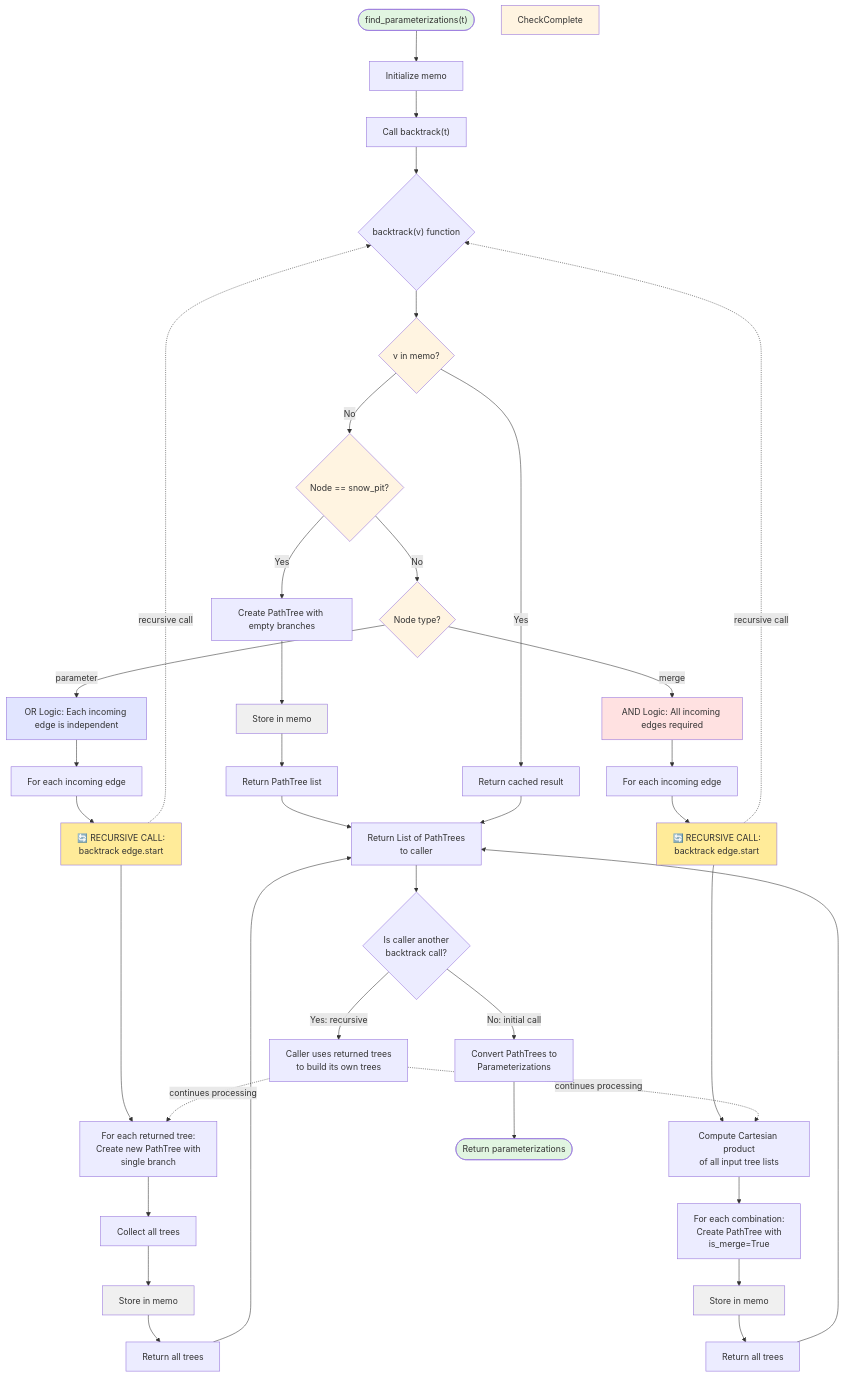
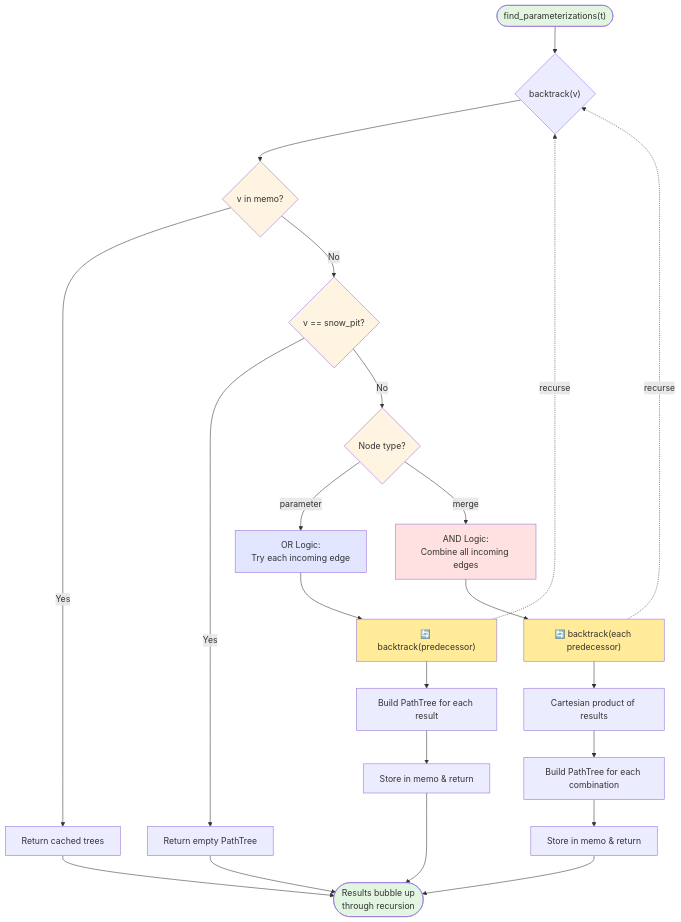
One commit to connellymk/SnowPyt-MechParams changed the diagram in algorithm/algorithm_flowchart.md. Above: the diagram before and after it, drawn with Mermaid.

Commit message:
more updates

````diff
--- a/algorithm/algorithm_flowchart.md
+++ b/algorithm/algorithm_flowchart.md
@@ -5,62 +5,41 @@
 ```mermaid
 flowchart TD
-    Start(["find_parameterizations(t)"]) --> Init[Initialize memo]
-    Init --> CallBacktrack["Call backtrack(t)"]
-    
-    CallBacktrack --> Backtrack{"backtrack(v) function"}
+    Start(["find_parameterizations(t)"]) --> Backtrack{"backtrack(v)"}
     
     Backtrack --> CheckMemo{v in memo?}
-    CheckMemo -->|Yes| ReturnCached[Return cached result]
-    CheckMemo -->|No| CheckBase{Node == snow_pit?}
+    CheckMemo -->|Yes| Return[Return cached trees]
+    CheckMemo -->|No| CheckBase{v == snow_pit?}
     
-    CheckBase -->|Yes| BaseCase[Create PathTree with empty branches]
-    BaseCase --> StoreMemo1[Store in memo]
-    StoreMemo1 --> Return1[Return PathTree list]
-    
+    CheckBase -->|Yes| BaseCase[Return empty PathTree]
     CheckBase -->|No| CheckType{Node type?}
     
-    CheckType -->|parameter| ParamLogic[OR Logic: Each incoming edge is independent]
-    CheckType -->|merge| MergeLogic[AND Logic: All incoming edges required]
+    CheckType -->|parameter| ParamLogic["OR Logic:<br/>Try each incoming edge"]
+    CheckType -->|merge| MergeLogic["AND Logic:<br/>Combine all incoming edges"]
     
-    ParamLogic --> LoopEdges[For each incoming edge]
-    LoopEdges --> RecurseParam[🔄 RECURSIVE CALL:<br/>backtrack edge.start]
-    RecurseParam -.->|recursive call| Backtrack
-    RecurseParam --> CreateParamTree[For each returned tree:<br/>Create new PathTree with<br/>single branch]
-    CreateParamTree --> CollectParam[Collect all trees]
-    CollectParam --> StoreMemo2[Store in memo]
-    StoreMemo2 --> Return2[Return all trees]
+    ParamLogic --> RecurseParam["🔄 backtrack(predecessor)"]
+    RecurseParam -.->|recurse| Backtrack
+    RecurseParam --> BuildParam[Build PathTree for each result]
+    BuildParam --> StoreParam[Store in memo & return]
     
-    MergeLogic --> GetInputs[For each incoming edge]
-    GetInputs --> RecurseMerge[🔄 RECURSIVE CALL:<br/>backtrack edge.start]
-    RecurseMerge -.->|recursive call| Backtrack
-    RecurseMerge --> Cartesian[Compute Cartesian product<br/>of all input tree lists]
-    Cartesian --> CreateMergeTrees[For each combination:<br/>Create PathTree with<br/>is_merge=True]
-    CreateMergeTrees --> StoreMemo3[Store in memo]
-    StoreMemo3 --> Return3[Return all trees]
+    MergeLogic --> RecurseMerge["🔄 backtrack(each predecessor)"]
+    RecurseMerge -.->|recurse| Backtrack
+    RecurseMerge --> Cartesian[Cartesian product of results]
+    Cartesian --> BuildMerge[Build PathTree for each combination]
+    BuildMerge --> StoreMerge[Store in memo & return]
     
-    Return1 --> BackToMain
-    Return2 --> BackToMain
-    Return3 --> BackToMain
-    ReturnCached --> BackToMain
-    
-    BackToMain[Return List of PathTrees<br/>to caller] --> CheckCaller{Is caller another<br/>backtrack call?}
-    CheckCaller -->|Yes: recursive| UseInParent[Caller uses returned trees<br/>to build its own trees]
-    UseInParent -.->|continues processing| CreateParamTree
-    UseInParent -.->|continues processing| Cartesian
-    CheckCaller -->|No: initial call| ConvertTrees[Convert PathTrees to<br/>Parameterizations]
-    ConvertTrees --> End([Return parameterizations])
+    StoreParam --> End
+    StoreMerge --> End
+    BaseCase --> End
+    Return --> End
+    End([Results bubble up<br/>through recursion])
     
     style Start fill:#e1f5e1
     style End fill:#e1f5e1
     style CheckMemo fill:#fff4e1
     style CheckBase fill:#fff4e1
     style CheckType fill:#fff4e1
-    style CheckComplete fill:#fff4e1
     style ParamLogic fill:#e1e5ff
     style MergeLogic fill:#ffe1e1
-    style StoreMemo1 fill:#f0f0f0
-    style StoreMemo2 fill:#f0f0f0
-    style StoreMemo3 fill:#f0f0f0
     style RecurseParam fill:#ffeb99
     style RecurseMerge fill:#ffeb99
 ```
````
